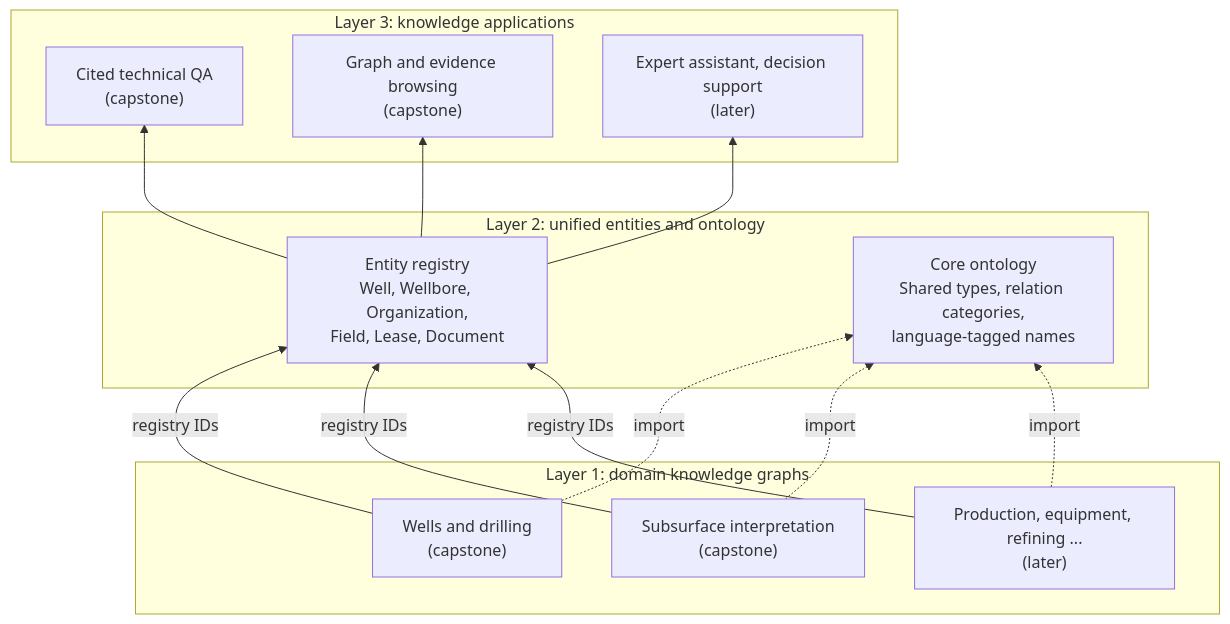
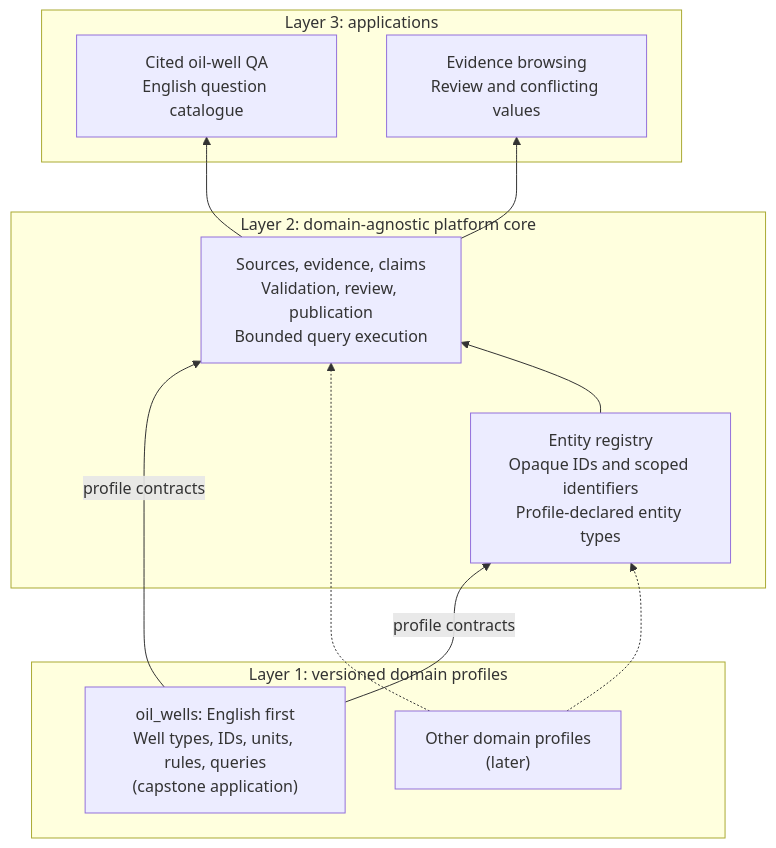
The first of 7 diagrams in docs/PROJECT_DESIGN.md (thaitri2005/Secure-O-G-LLM-and-Knowledge-Graph), drawn with Mermaid before and after one commit. The commit also changed other lines of this file and 35 other files, not shown here.

Commit message:
docs: align reusable platform with English oil-well scope and update report

````diff
--- a/docs/PROJECT_DESIGN.md
+++ b/docs/PROJECT_DESIGN.md
@@ -82,20 +84,19 @@
 ```mermaid
 flowchart BT
-    subgraph L1["Layer 1: domain knowledge graphs"]
-        D1["Wells and drilling<br/>(capstone)"]
-        D2["Subsurface interpretation<br/>(capstone)"]
-        D3["Production, equipment, refining ...<br/>(later)"]
+    subgraph L1["Layer 1: versioned domain profiles"]
+        OIL["oil_wells: English first<br/>Well types, IDs, units, rules, queries<br/>(capstone application)"]
+        NEXT["Other domain profiles<br/>(later)"]
     end
-    subgraph L2["Layer 2: unified entities and ontology"]
-        REG["Entity registry<br/>Well, Wellbore, Organization,<br/>Field, Lease, Document"]
-        CORE["Core ontology<br/>Shared types, relation categories,<br/>language-tagged names"]
+    subgraph L2["Layer 2: domain-agnostic platform core"]
+        REG["Entity registry<br/>Opaque IDs and scoped identifiers<br/>Profile-declared entity types"]
+        CORE["Sources, evidence, claims<br/>Validation, review, publication<br/>Bounded query execution"]
     end
-    subgraph L3["Layer 3: knowledge applications"]
-        QA["Cited technical QA<br/>(capstone)"]
-        BR["Graph and evidence browsing<br/>(capstone)"]
-        AS["Expert assistant, decision support<br/>(later)"]
+    subgraph L3["Layer 3: applications"]
+        QA["Cited oil-well QA<br/>English question catalogue"]
+        BR["Evidence browsing<br/>Review and conflicting values"]
     end
-    D1 & D2 & D3 -->|"registry IDs"| REG
-    D1 & D2 & D3 -.->|"import"| CORE
-    REG --> QA & BR & AS
+    OIL -->|"profile contracts"| REG & CORE
+    NEXT -.-> REG & CORE
+    REG --> CORE
+    CORE --> QA & BR
 ```
````
